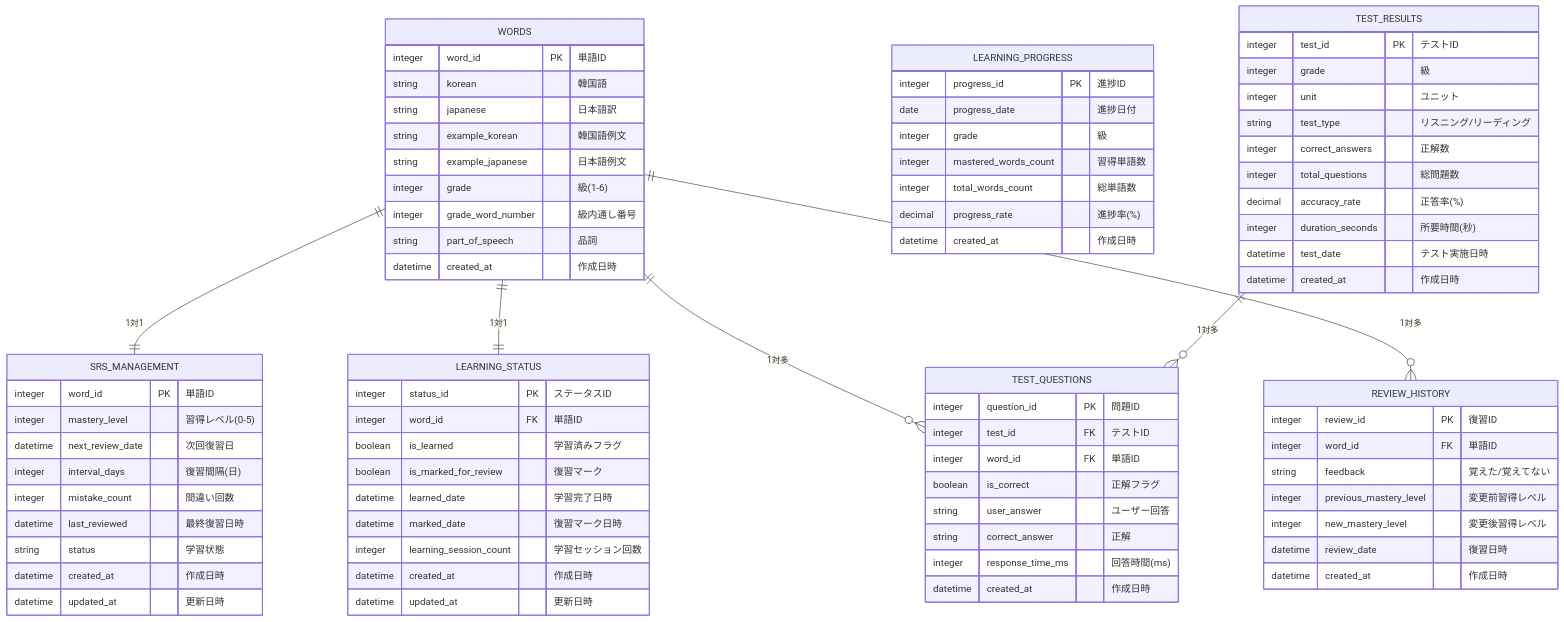
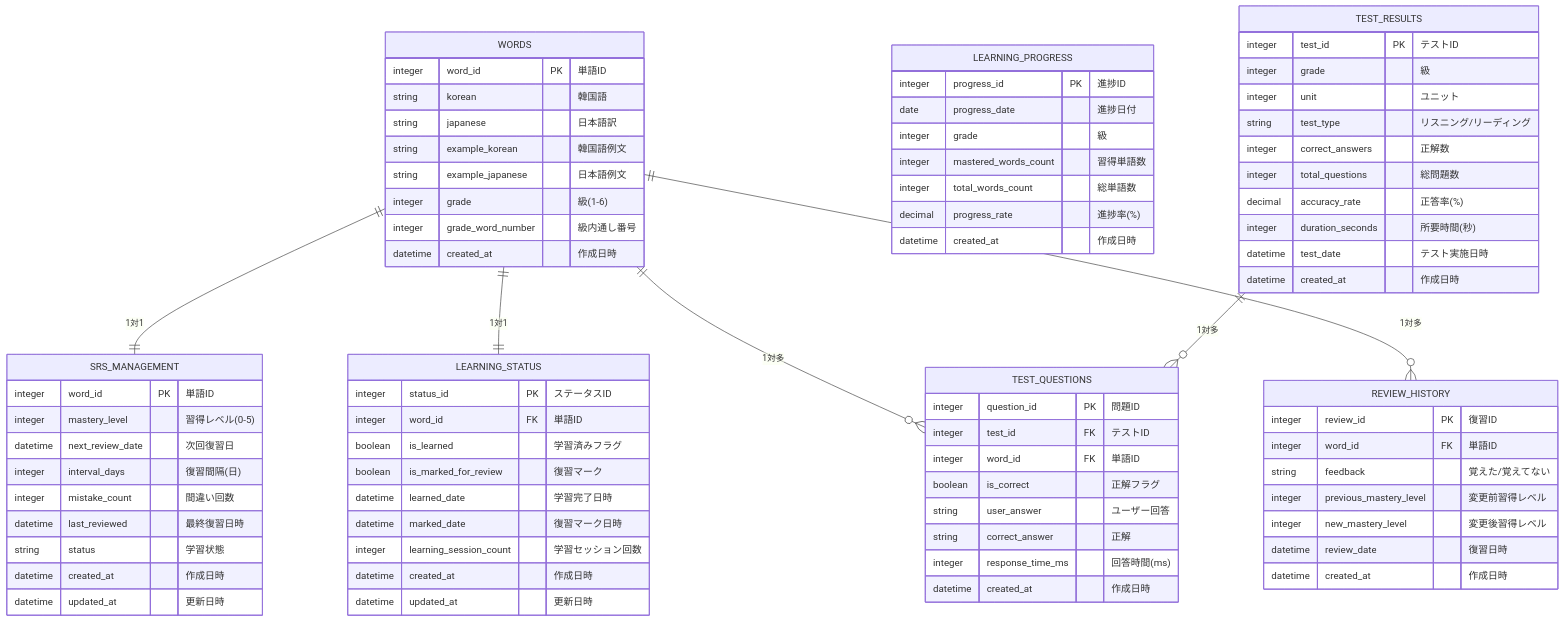
One commit to yuichkun/topik-dojo changed the diagram in docs/database-design.md. Above: the diagram before and after it, drawn with Mermaid. The commit also changed other lines of this file, not shown here.

Commit message:
remove part_of_speech field from words table in database design

```diff
--- a/docs/database-design.md
+++ b/docs/database-design.md
@@ -63,7 +63,6 @@
         string example_japanese "日本語例文"
         integer grade "級(1-6)"
         integer grade_word_number "級内通し番号"
-        string part_of_speech "品詞"
         datetime created_at "作成日時"
     }
     
```
